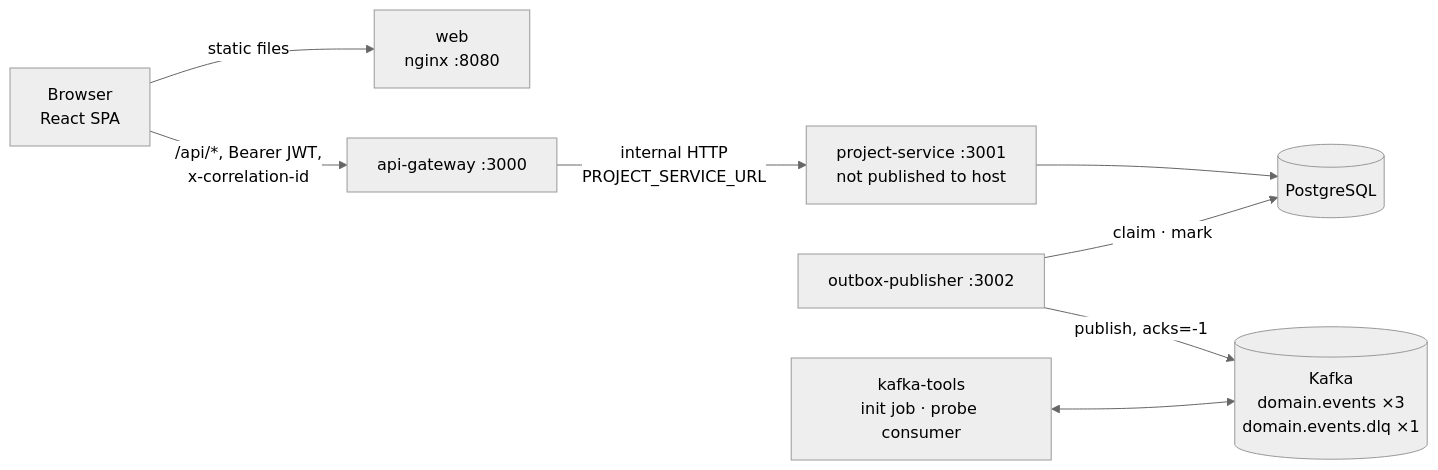
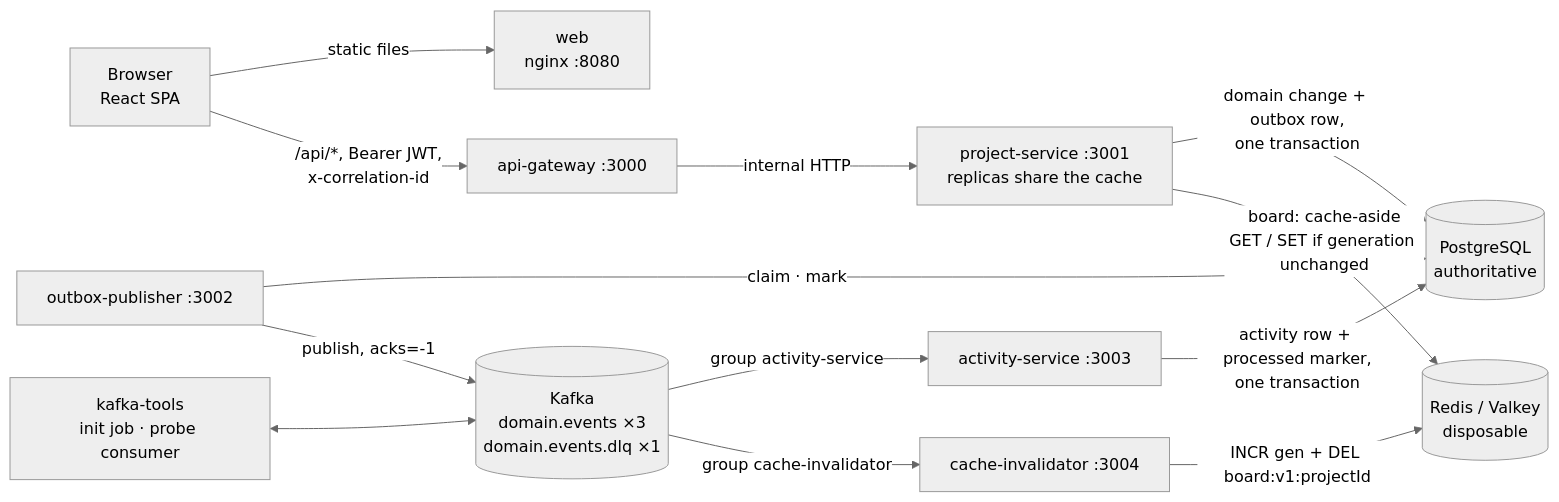
Before and after one commit to The-RealOG/distributed-events-platform: the first of 4 diagrams in docs/architecture.md, drawn with Mermaid (neutral theme). The commit also changed other lines of this file and 18 other files, not shown here.

````diff
--- a/docs/architecture.md
+++ b/docs/architecture.md
@@ -12,12 +13,16 @@
 ```mermaid
 flowchart LR
   browser[Browser<br/>React SPA] -->|static files| web[web<br/>nginx :8080]
   browser -->|/api/*, Bearer JWT,<br/>x-correlation-id| gw[api-gateway :3000]
-  gw -->|internal HTTP<br/>PROJECT_SERVICE_URL| ps[project-service :3001<br/>not published to host]
-  ps --> pg[(PostgreSQL)]
+  gw -->|internal HTTP| ps[project-service :3001<br/>replicas share the cache]
+  ps -->|domain change + outbox row,<br/>one transaction| pg[(PostgreSQL<br/>authoritative)]
+  ps -->|board: cache-aside<br/>GET / SET if generation unchanged| redis[(Redis / Valkey<br/>disposable)]
 
-  kafka[(Kafka<br/>domain.events ×3<br/>domain.events.dlq ×1)]
   op[outbox-publisher :3002] -->|claim · mark| pg
-  op -->|publish, acks=-1| kafka
+  op -->|publish, acks=-1| kafka[(Kafka<br/>domain.events ×3<br/>domain.events.dlq ×1)]
+  kafka -->|group activity-service| act[activity-service :3003]
+  act -->|activity row + processed marker,<br/>one transaction| pg
+  kafka -->|group cache-invalidator| inv[cache-invalidator :3004]
+  inv -->|INCR gen + DEL board:v1:projectId| redis
   tools[kafka-tools<br/>init job · probe consumer] <--> kafka
 ```
````
